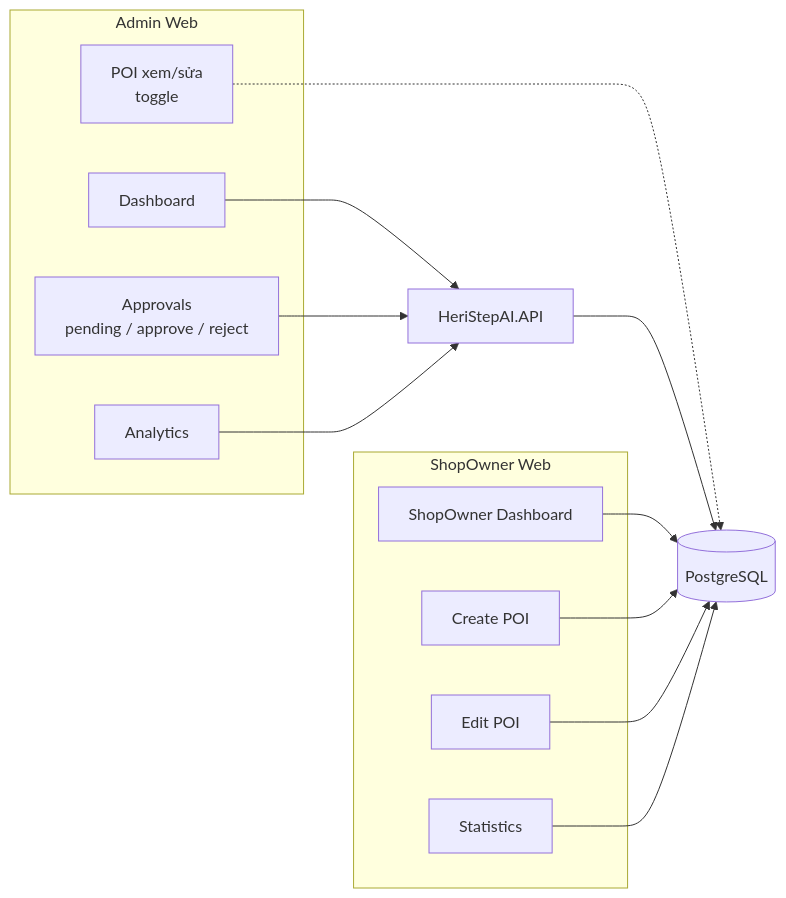
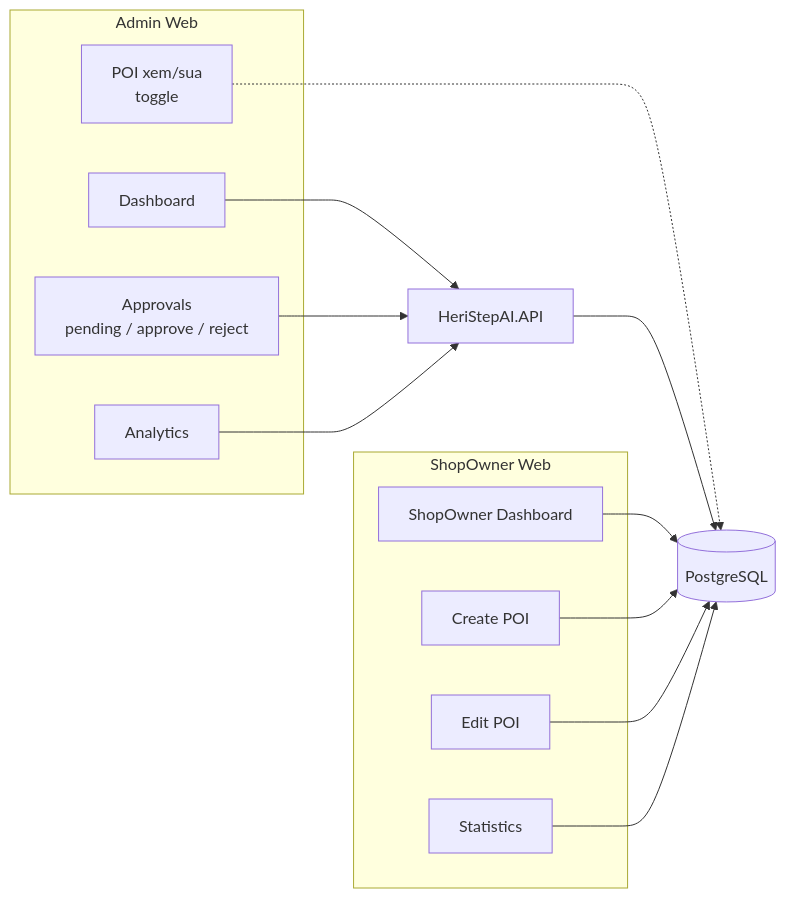
One commit to KhanhChung2k5/k_tour changed the sixth of 44 diagrams in docs/PRODUCT_REQUIREMENTS.md. Above: the diagram before and after it, drawn with Mermaid. The commit also changed other lines of this file, not shown here.

Commit message:
Fix display diagram on github

````diff
--- a/docs/PRODUCT_REQUIREMENTS.md
+++ b/docs/PRODUCT_REQUIREMENTS.md
@@ -603,30 +603,30 @@
 ```mermaid
 flowchart LR
     subgraph Admin["Admin Web"]
         D[Dashboard]
-        AP[Approvals\npending / approve / reject]
-        P[POI xem/sửa\ntoggle]
+        AP[Approvals<br/>pending / approve / reject]
+        P[POI xem/sua<br/>toggle]
         AN[Analytics]
     end
 
     subgraph ShopOwner["ShopOwner Web"]
         SD[ShopOwner Dashboard]
         SC[Create POI]
         SE[Edit POI]
         ST[Statistics]
     end
 
     API[HeriStepAI.API]
     DB[(PostgreSQL)]
 
     D --> API
     AP --> API
     AN --> API
     P -.-> DB
     API --> DB
 
     SD --> DB
     SC --> DB
     SE --> DB
     ST --> DB
 ```
````
